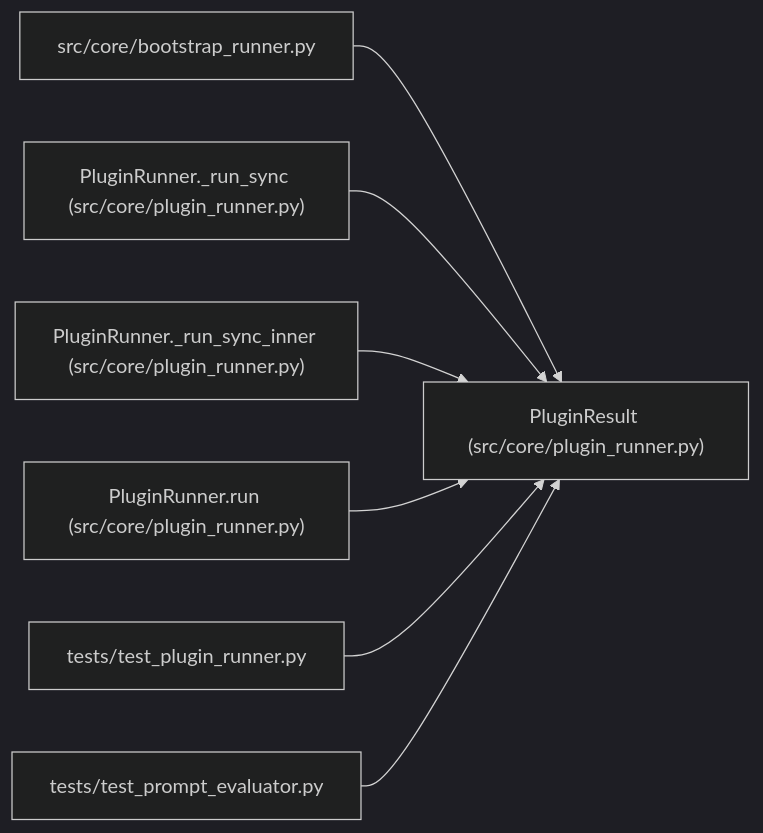
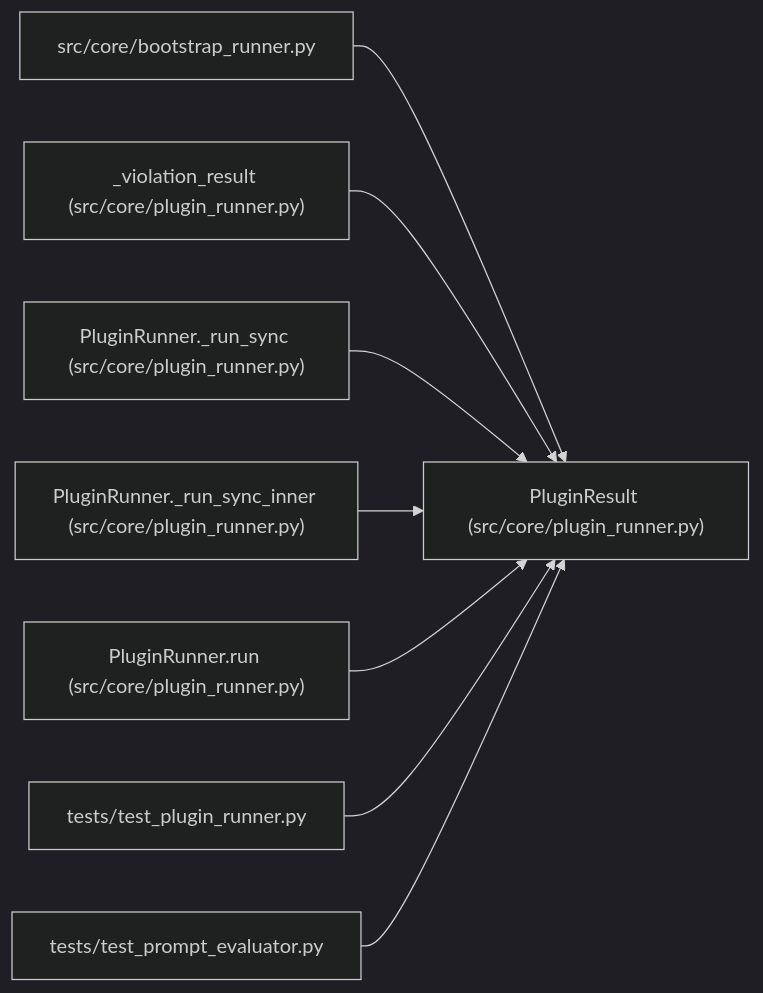
One commit to Denissvgn/autoresearch-agent changed the diagram in docs/llm_wiki/entities/PluginResult.md. Above: the diagram before and after it, drawn with Mermaid (dark theme). The commit also changed other lines of this file and 37 other files, not shown here.

````diff
--- a/docs/llm_wiki/entities/PluginResult.md
+++ b/docs/llm_wiki/entities/PluginResult.md
@@ -45,23 +50,26 @@
 ```mermaid
 flowchart LR
     n0["PluginResult (src/core/plugin_runner.py)"]
     n1["src/core/bootstrap_runner.py"]
-    n2["PluginRunner._run_sync (src/core/plugin_runner.py)"]
-    n3["PluginRunner._run_sync_inner (src/core/plugin_runner.py)"]
-    n4["PluginRunner.run (src/core/plugin_runner.py)"]
-    n5["tests/test_plugin_runner.py"]
-    n6["tests/test_prompt_evaluator.py"]
+    n2["_violation_result (src/core/plugin_runner.py)"]
+    n3["PluginRunner._run_sync (src/core/plugin_runner.py)"]
+    n4["PluginRunner._run_sync_inner (src/core/plugin_runner.py)"]
+    n5["PluginRunner.run (src/core/plugin_runner.py)"]
+    n6["tests/test_plugin_runner.py"]
+    n7["tests/test_prompt_evaluator.py"]
     n1 --> n0
     n2 --> n0
     n3 --> n0
     n4 --> n0
     n5 --> n0
     n6 --> n0
+    n7 --> n0
     click n0 "../modules/plugin_runner.md"
     click n1 "../modules/bootstrap_runner.md"
     click n2 "../modules/plugin_runner.md"
     click n3 "../modules/plugin_runner.md"
     click n4 "../modules/plugin_runner.md"
-    click n5 "../modules/test_plugin_runner.md"
-    click n6 "../modules/test_prompt_evaluator.md"
+    click n5 "../modules/plugin_runner.md"
+    click n6 "../modules/test_plugin_runner.md"
+    click n7 "../modules/test_prompt_evaluator.md"
 ```
````
